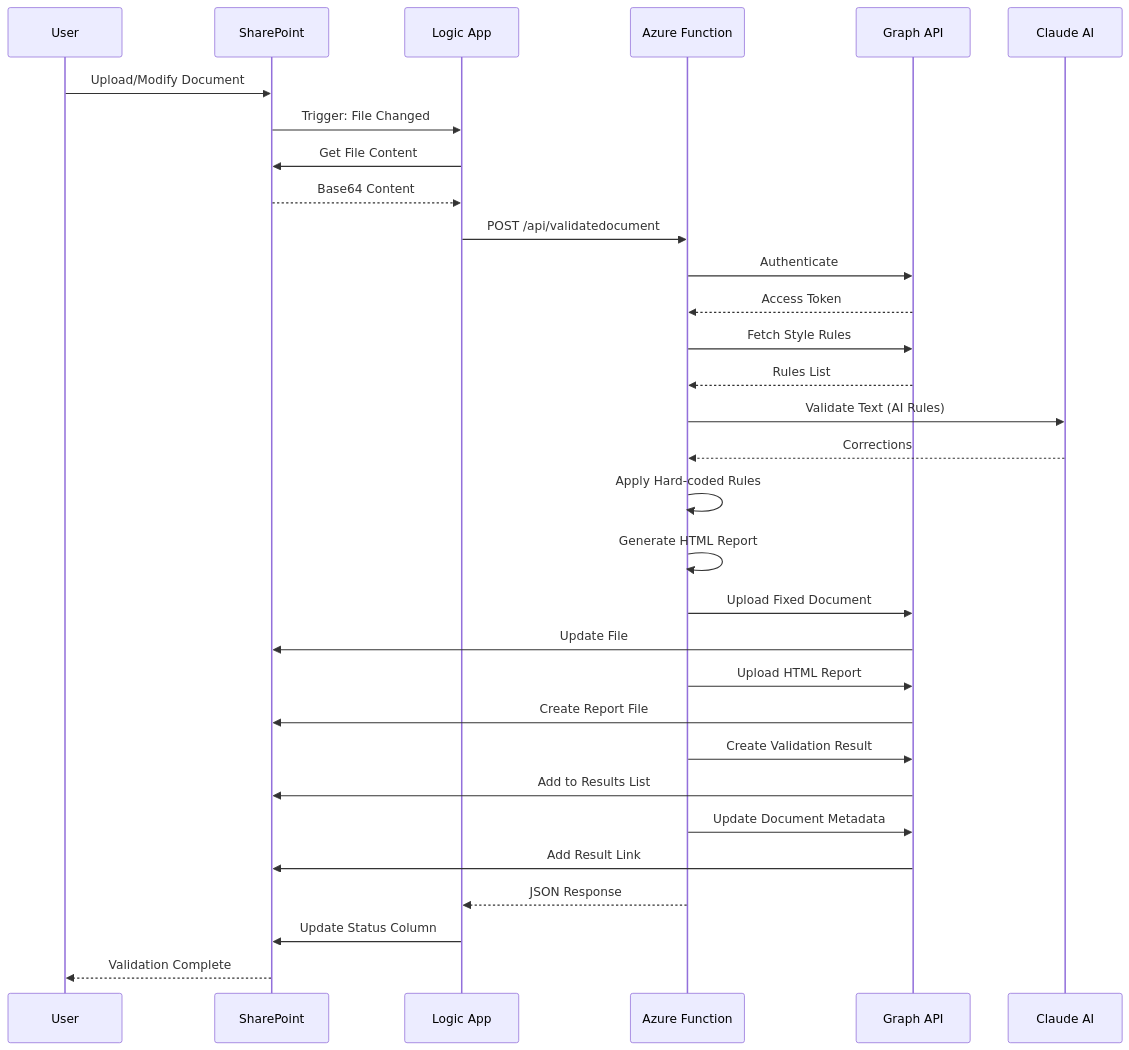
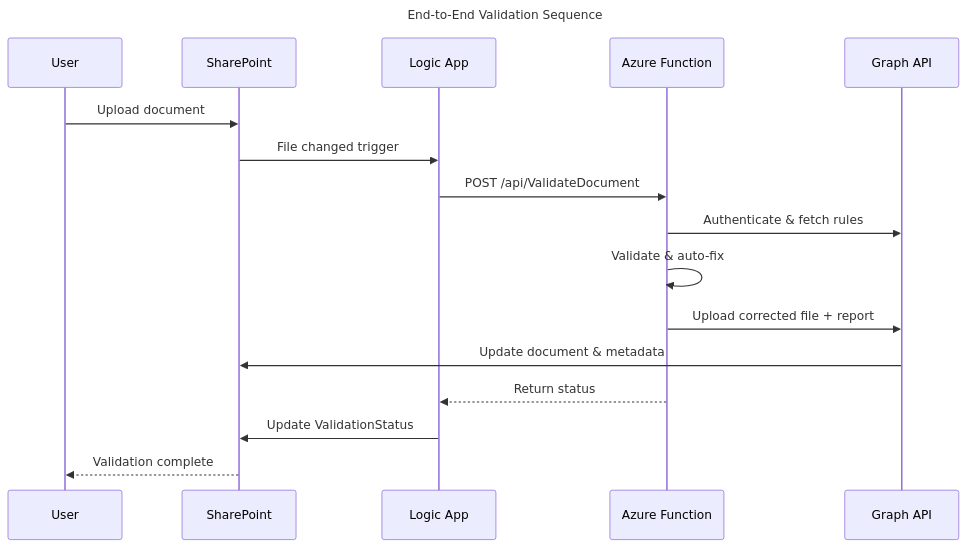
One commit to stephencummins/MaceStyle changed the third of 4 diagrams in docs/1-technical-architecture.md. Above: the diagram before and after it, drawn with Mermaid. The commit also changed other lines of this file and 2 other files, not shown here.

First line of the commit message:
Refactor Mermaid diagrams for CXO presentation quality

````diff
--- a/docs/1-technical-architecture.md
+++ b/docs/1-technical-architecture.md
@@ -313,43 +262,22 @@
 ```mermaid
+---
+title: End-to-End Validation Sequence
+---
 sequenceDiagram
     participant User
     participant SP as SharePoint
-    participant PA as Logic App
+    participant LA as Logic App
     participant AF as Azure Function
     participant Graph as Graph API
-    participant Claude as Claude AI
 
-    User->>SP: Upload/Modify Document
-    SP->>PA: Trigger: File Changed
-    PA->>SP: Get File Content
-    SP-->>PA: Base64 Content
-    PA->>AF: POST /api/validatedocument
-
-    AF->>Graph: Authenticate
-    Graph-->>AF: Access Token
-
-    AF->>Graph: Fetch Style Rules
-    Graph-->>AF: Rules List
-
-    AF->>Claude: Validate Text (AI Rules)
-    Claude-->>AF: Corrections
-
-    AF->>AF: Apply Hard-coded Rules
-    AF->>AF: Generate HTML Report
-
-    AF->>Graph: Upload Fixed Document
-    Graph->>SP: Update File
-
-    AF->>Graph: Upload HTML Report
-    Graph->>SP: Create Report File
-
-    AF->>Graph: Create Validation Result
-    Graph->>SP: Add to Results List
-
-    AF->>Graph: Update Document Metadata
-    Graph->>SP: Add Result Link
-
-    AF-->>PA: JSON Response
-    PA->>SP: Update Status Column
-    SP-->>User: Validation Complete
+    User->>SP: Upload document
+    SP->>LA: File changed trigger
+    LA->>AF: POST /api/ValidateDocument
+    AF->>Graph: Authenticate & fetch rules
+    AF->>AF: Validate & auto-fix
+    AF->>Graph: Upload corrected file + report
+    Graph->>SP: Update document & metadata
+    AF-->>LA: Return status
+    LA->>SP: Update ValidationStatus
+    SP-->>User: Validation complete
 ```
````
